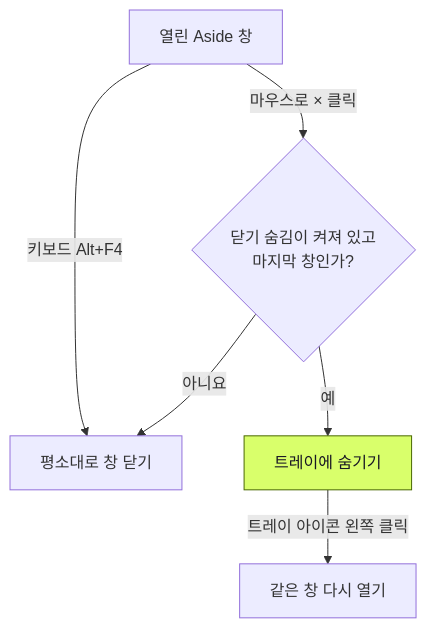
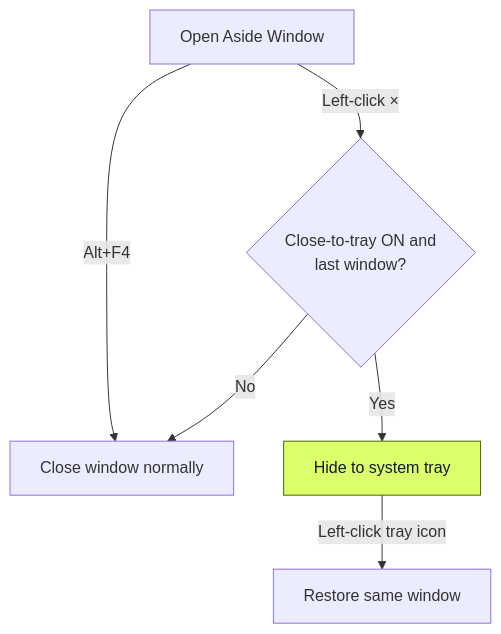
One commit to Technoetic/close-to-tray-helper changed the diagram in README.md. Above: the diagram before and after it, drawn with Mermaid. The commit also changed other lines of this file and 19 other files, not shown here.

````diff
--- a/README.md
+++ b/README.md
@@ -51,10 +58,10 @@
 ```mermaid
 flowchart TD
-    A["열린 Aside 창"] -->|"키보드 Alt+F4"| B["평소대로 창 닫기"]
-    A -->|"마우스로 × 클릭"| C{"닫기 숨김이 켜져 있고<br/>마지막 창인가?"}
-    C -->|"예"| D["트레이에 숨기기"]
-    C -->|"아니요"| B
-    D -->|"트레이 아이콘 왼쪽 클릭"| E["같은 창 다시 열기"]
+    A["Open Aside Window"] -->|"Alt+F4"| B["Close window normally"]
+    A -->|"Left-click ×"| C{"Close-to-tray ON and<br/>last window?"}
+    C -->|"Yes"| D["Hide to system tray"]
+    C -->|"No"| B
+    D -->|"Left-click tray icon"| E["Restore same window"]
     classDef tray fill:#d9ff6b,color:#181724,stroke:#496900
     class D tray
 ```
````
